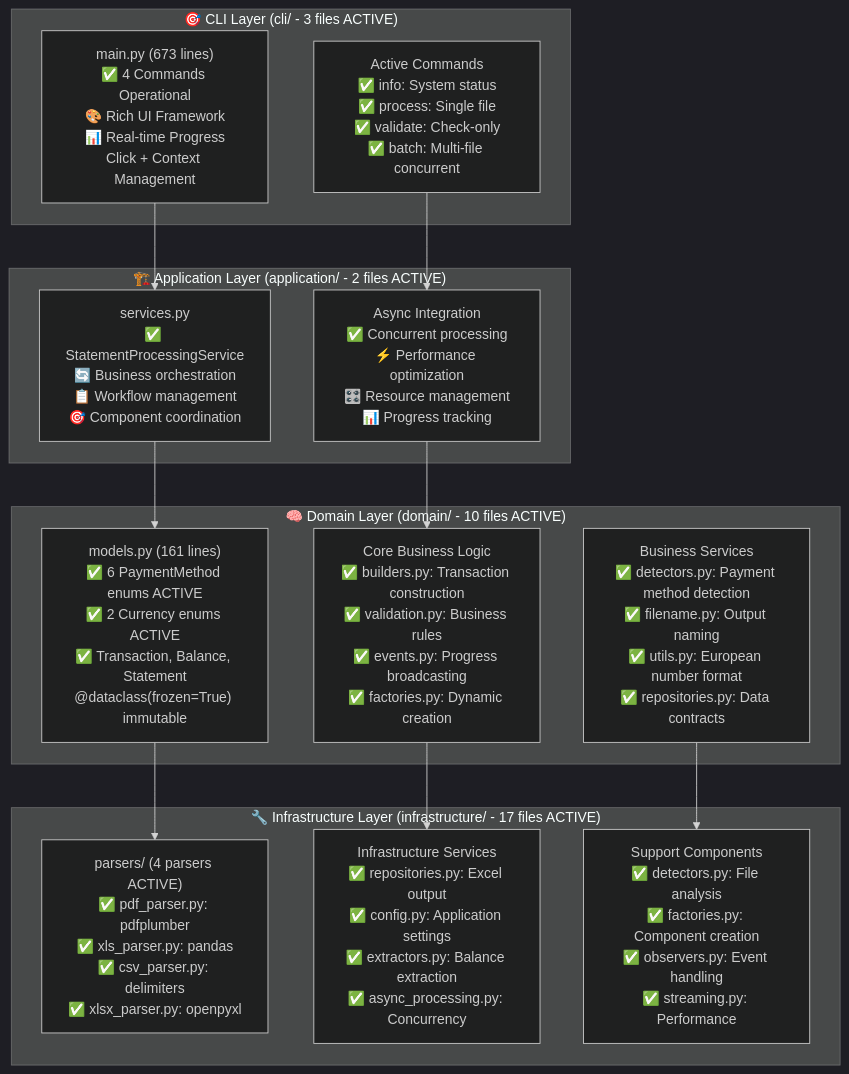
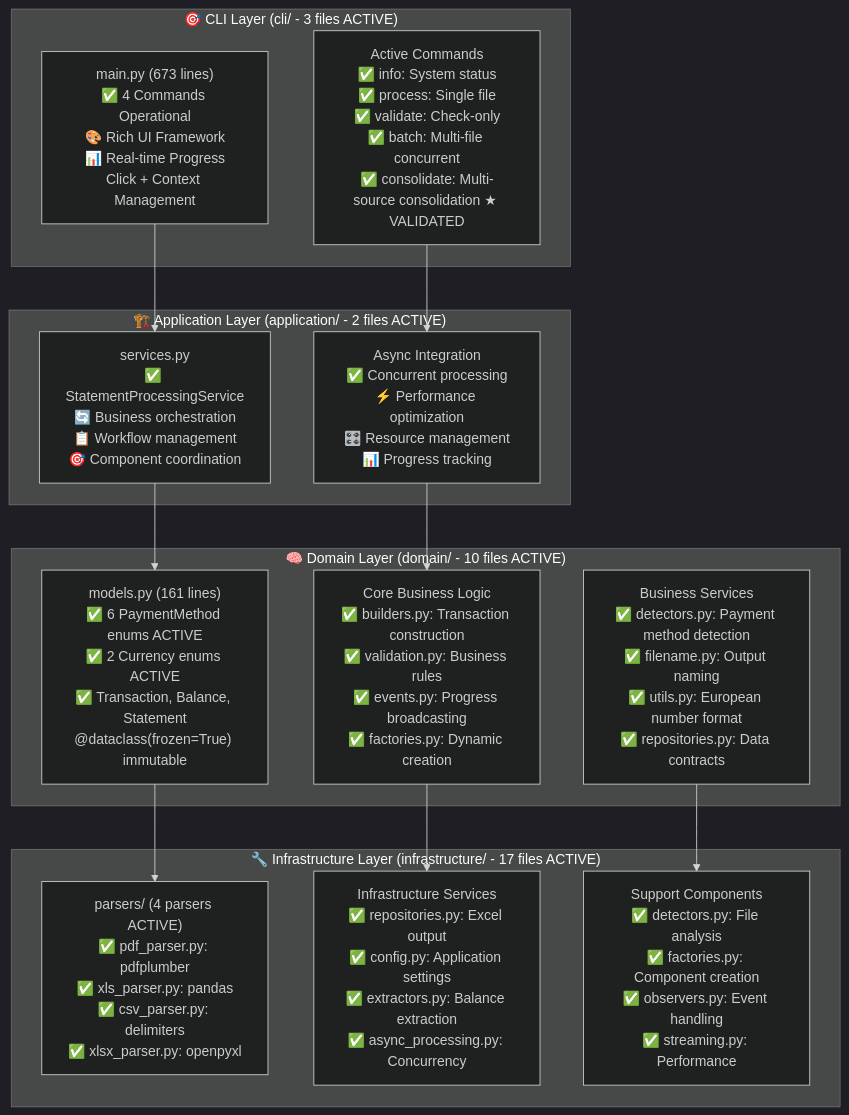
One commit to EduuardoPerez/financial-statement-processor changed the third of 13 diagrams in memory-bank/activeContext.md. Above: the diagram before and after it, drawn with Mermaid (dark theme). The commit also changed other lines of this file and 20 other files, not shown here.

````diff
--- a/memory-bank/activeContext.md
+++ b/memory-bank/activeContext.md
@@ -52,40 +52,40 @@
 ```mermaid
 graph TD
     subgraph "🎯 CLI Layer (cli/ - 3 files ACTIVE)"
         CLI_MAIN["main.py (673 lines)<br/>✅ 4 Commands Operational<br/>🎨 Rich UI Framework<br/>📊 Real-time Progress<br/>Click + Context Management"]
 
-        CLI_COMMANDS["Active Commands<br/>✅ info: System status<br/>✅ process: Single file<br/>✅ validate: Check-only<br/>✅ batch: Multi-file concurrent"]
+        CLI_COMMANDS["Active Commands<br/>✅ info: System status<br/>✅ process: Single file<br/>✅ validate: Check-only<br/>✅ batch: Multi-file concurrent<br/>✅ consolidate: Multi-source consolidation ★ VALIDATED"]
     end
 
     subgraph "🏗️ Application Layer (application/ - 2 files ACTIVE)"
         APP_SERVICE["services.py<br/>✅ StatementProcessingService<br/>🔄 Business orchestration<br/>📋 Workflow management<br/>🎯 Component coordination"]
 
         APP_ASYNC["Async Integration<br/>✅ Concurrent processing<br/>⚡ Performance optimization<br/>🎛️ Resource management<br/>📊 Progress tracking"]
     end
 
     subgraph "🧠 Domain Layer (domain/ - 10 files ACTIVE)"
         DOMAIN_CORE["models.py (161 lines)<br/>✅ 6 PaymentMethod enums ACTIVE<br/>✅ 2 Currency enums ACTIVE<br/>✅ Transaction, Balance, Statement<br/>@dataclass(frozen=True) immutable"]
 
         DOMAIN_LOGIC["Core Business Logic<br/>✅ builders.py: Transaction construction<br/>✅ validation.py: Business rules<br/>✅ events.py: Progress broadcasting<br/>✅ factories.py: Dynamic creation"]
 
         DOMAIN_SERVICES["Business Services<br/>✅ detectors.py: Payment method detection<br/>✅ filename.py: Output naming<br/>✅ utils.py: European number format<br/>✅ repositories.py: Data contracts"]
     end
 
     subgraph "🔧 Infrastructure Layer (infrastructure/ - 17 files ACTIVE)"
         INFRA_PARSERS["parsers/ (4 parsers ACTIVE)<br/>✅ pdf_parser.py: pdfplumber<br/>✅ xls_parser.py: pandas<br/>✅ csv_parser.py: delimiters<br/>✅ xlsx_parser.py: openpyxl"]
 
         INFRA_SERVICES["Infrastructure Services<br/>✅ repositories.py: Excel output<br/>✅ config.py: Application settings<br/>✅ extractors.py: Balance extraction<br/>✅ async_processing.py: Concurrency"]
 
         INFRA_SUPPORT["Support Components<br/>✅ detectors.py: File analysis<br/>✅ factories.py: Component creation<br/>✅ observers.py: Event handling<br/>✅ streaming.py: Performance"]
     end
 
     CLI_MAIN --> APP_SERVICE
     CLI_COMMANDS --> APP_ASYNC
 
     APP_SERVICE --> DOMAIN_CORE
     APP_ASYNC --> DOMAIN_LOGIC
 
     DOMAIN_CORE --> INFRA_PARSERS
     DOMAIN_LOGIC --> INFRA_SERVICES
     DOMAIN_SERVICES --> INFRA_SUPPORT
 ```
````
